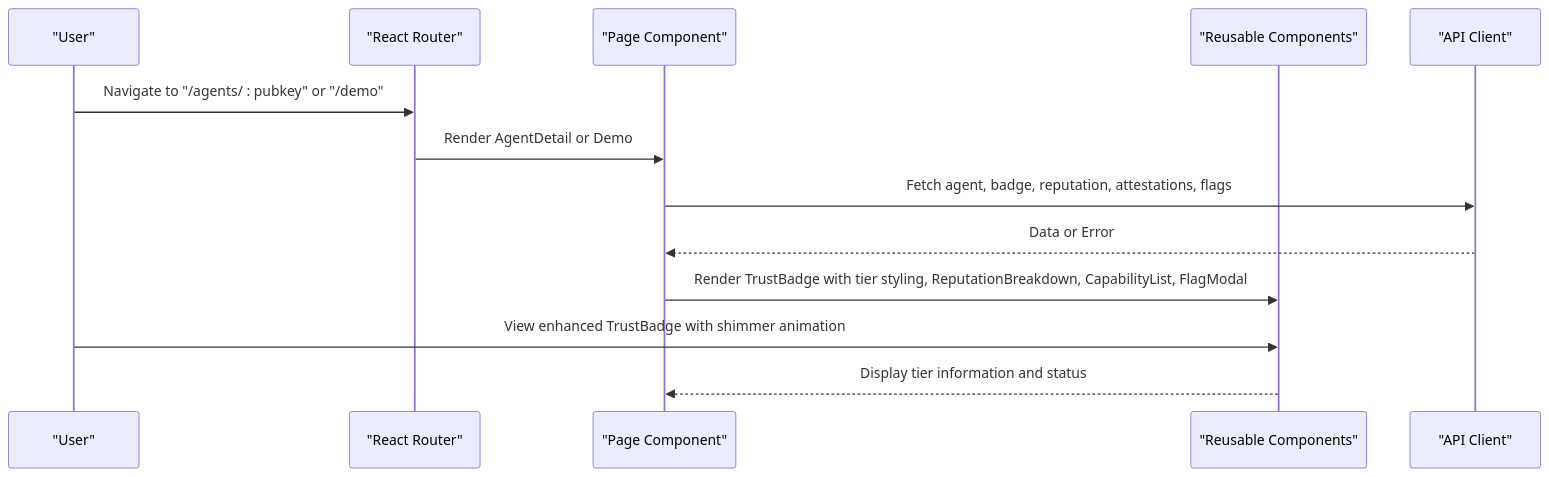
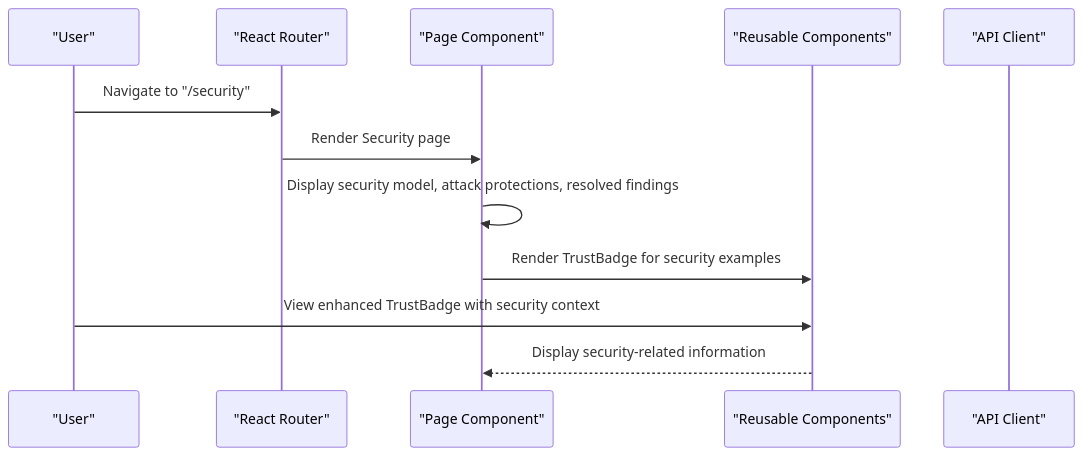
Before and after one commit to RunTimeAdmin/AgentID: the second of 9 diagrams in .qoder/repowiki/en/content/Frontend Application/Frontend Application.md, drawn with Mermaid. The commit also changed other lines of this file and 31 other files, not shown here.

````diff
--- a/.qoder/repowiki/en/content/Frontend Application/Frontend Application.md
+++ b/.qoder/repowiki/en/content/Frontend Application/Frontend Application.md
@@ -157,15 +170,14 @@
 ```mermaid
 sequenceDiagram
 participant U as "User"
 participant R as "React Router"
 participant P as "Page Component"
 participant C as "Reusable Components"
 participant A as "API Client"
-U->>R : Navigate to "/agents/ : pubkey" or "/demo"
-R->>P : Render AgentDetail or Demo
-P->>A : Fetch agent, badge, reputation, attestations, flags
-A-->>P : Data or Error
-P->>C : Render TrustBadge with tier styling, ReputationBreakdown, CapabilityList, FlagModal
-U->>C : View enhanced TrustBadge with shimmer animation
-C-->>P : Display tier information and status
+U->>R : Navigate to "/security"
+R->>P : Render Security page
+P->>P : Display security model, attack protections, resolved findings
+P->>C : Render TrustBadge for security examples
+U->>C : View enhanced TrustBadge with security context
+C-->>P : Display security-related information
 ```
````
